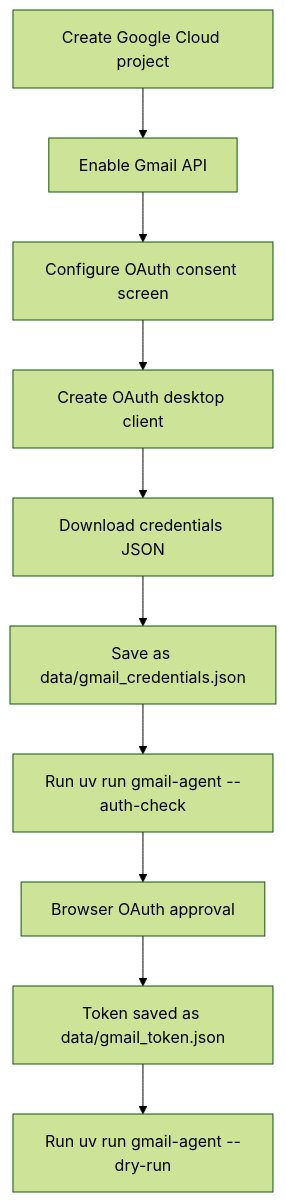
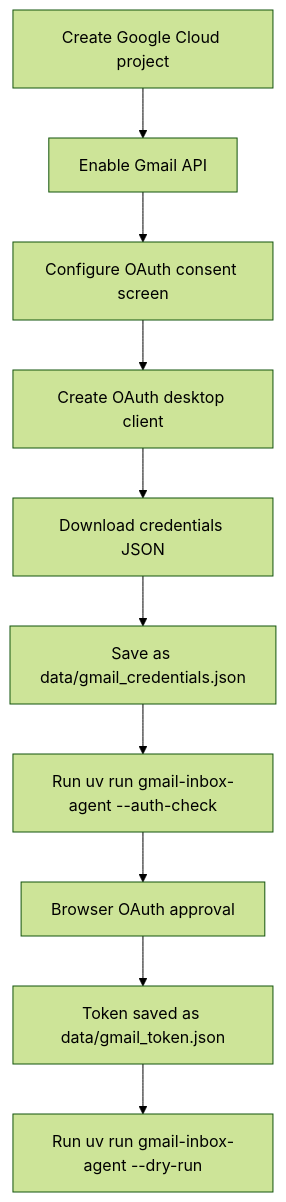
The diagram in gmail-inbox-agent/docs/Gmail_OAuth_Setup.md (brandocomando/my_agentic_team), drawn with Mermaid (forest theme) before and after one commit. The commit also changed other lines of this file and 17 other files, not shown here.

First line of the commit message:
fix(gmail-inbox-agent): Skip release tests on main, and standardize on naming convention (#2)

````diff
--- a/gmail-inbox-agent/docs/Gmail_OAuth_Setup.md
+++ b/gmail-inbox-agent/docs/Gmail_OAuth_Setup.md
@@ -16,12 +16,12 @@
 ```mermaid
 flowchart TD
     A["Create Google Cloud project"] --> B["Enable Gmail API"]
     B --> C["Configure OAuth consent screen"]
     C --> D["Create OAuth desktop client"]
     D --> E["Download credentials JSON"]
     E --> F["Save as data/gmail_credentials.json"]
-    F --> G["Run uv run gmail-agent --auth-check"]
+    F --> G["Run uv run gmail-inbox-agent --auth-check"]
     G --> H["Browser OAuth approval"]
     H --> I["Token saved as data/gmail_token.json"]
-    I --> J["Run uv run gmail-agent --dry-run"]
+    I --> J["Run uv run gmail-inbox-agent --dry-run"]
 ```
````
